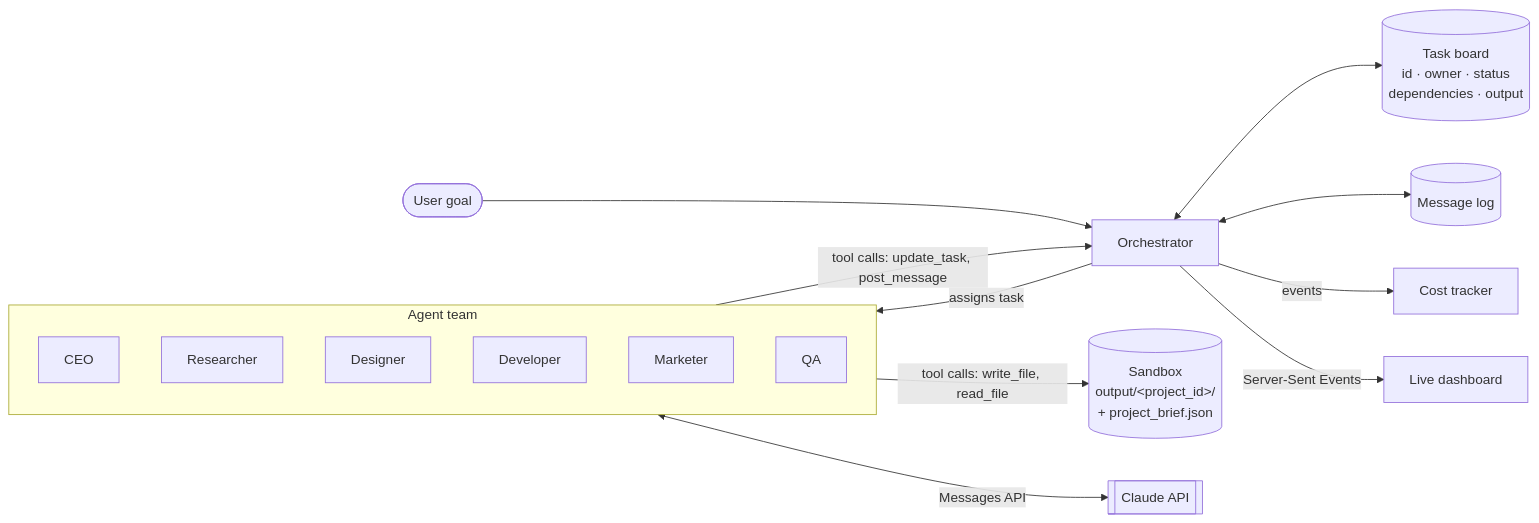
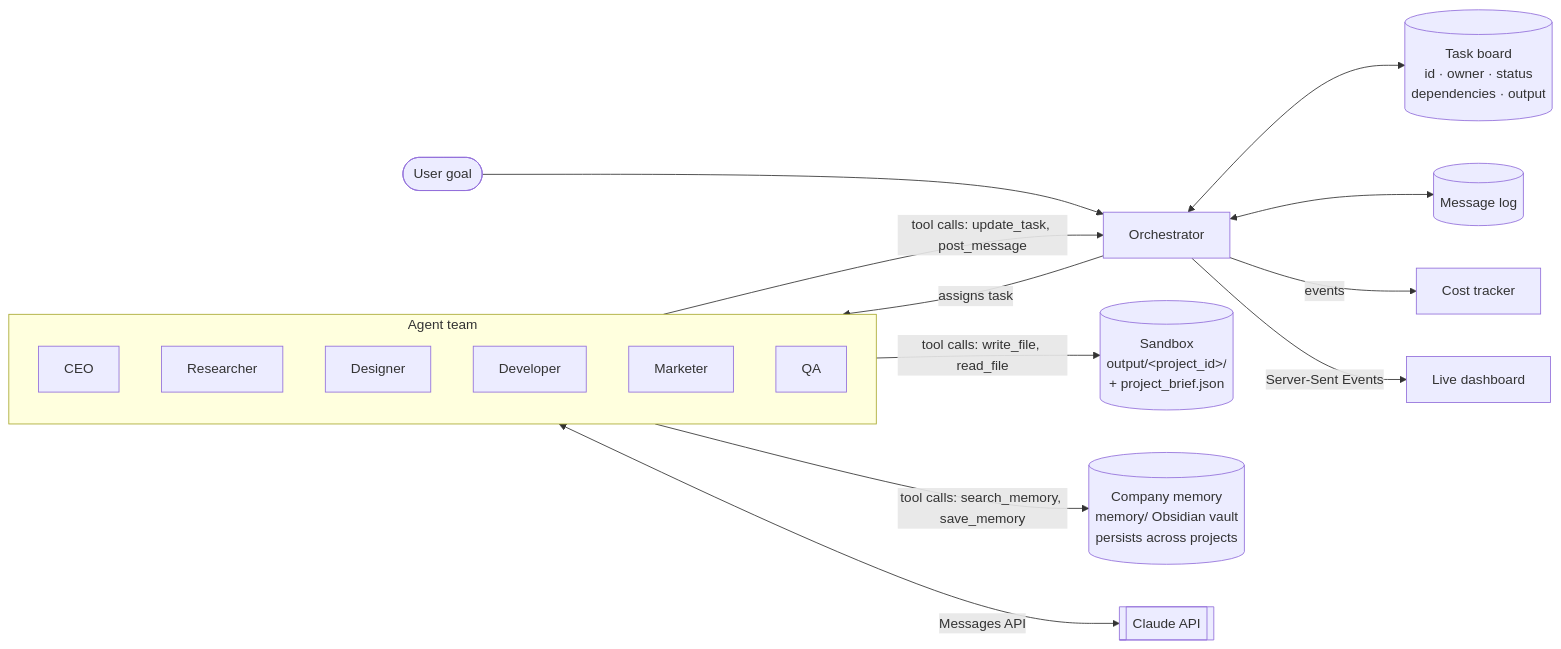
Before and after one commit to abejit-singh/bottega: the first of 2 diagrams in README.md, drawn with Mermaid. The commit also changed other lines of this file and 21 other files, not shown here.

First line of the commit message:
Add company memory: Obsidian-compatible vault with search/read/save tools

````diff
--- a/README.md
+++ b/README.md
@@ -16,22 +16,23 @@
 ```mermaid
 flowchart LR
     U([User goal]) --> O[Orchestrator]
     O <--> TB[(Task board<br/>id · owner · status<br/>dependencies · output)]
     O <--> ML[(Message log)]
 
     subgraph Team[Agent team]
         CEO[CEO]
         R[Researcher]
         D[Designer]
         DEV[Developer]
         M[Marketer]
         QA[QA]
     end
 
     O -- assigns task --> Team
     Team -- "tool calls: update_task, post_message" --> O
     Team -- "tool calls: write_file, read_file" --> WS[(Sandbox<br/>output/&lt;project_id&gt;/<br/>+ project_brief.json)]
+    Team -- "tool calls: search_memory, save_memory" --> MEM[(Company memory<br/>memory/ Obsidian vault<br/>persists across projects)]
     Team <-- Messages API --> C[[Claude API]]
     O -- events --> CT[Cost tracker]
     O -- Server-Sent Events --> DB[Live dashboard]
 ```
````
